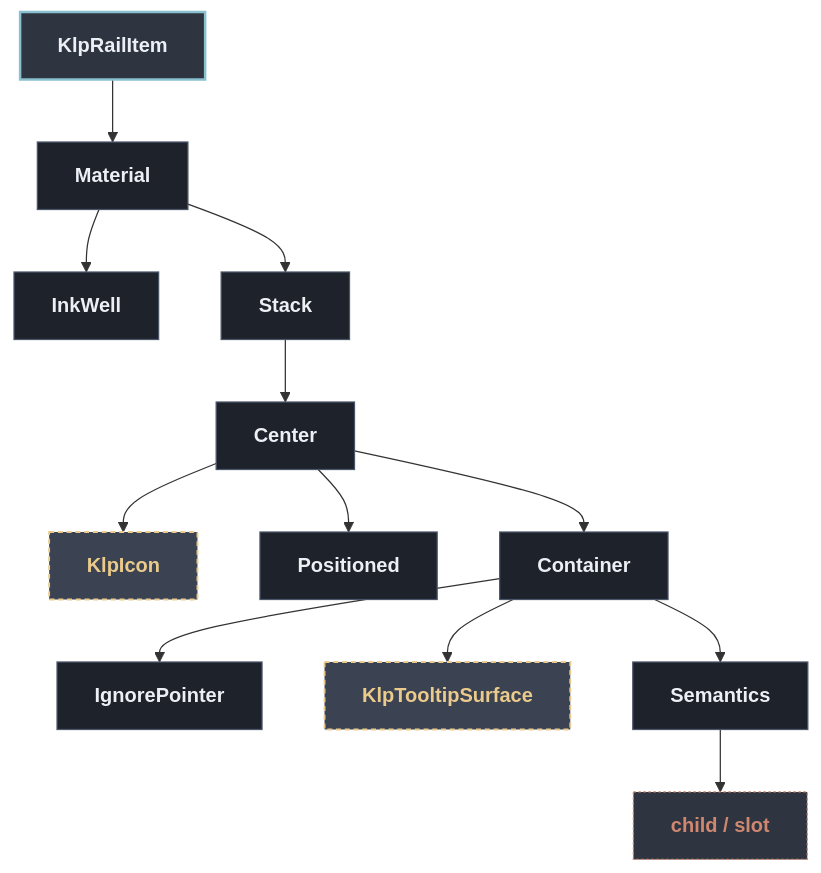
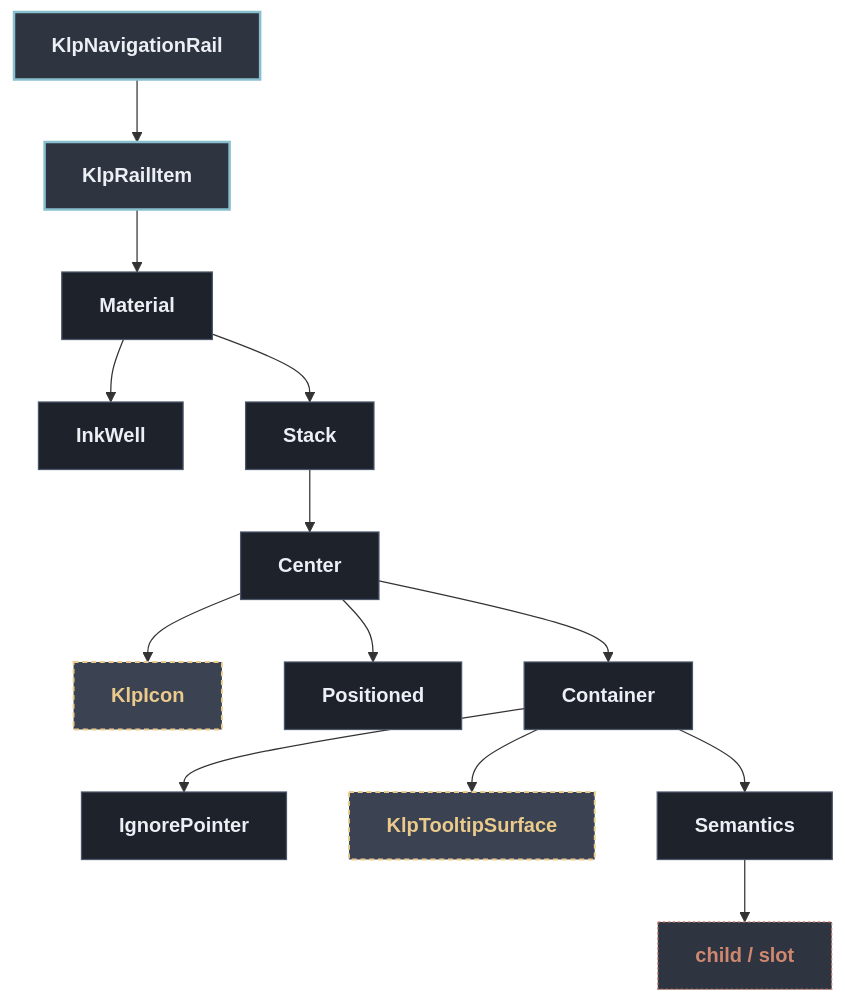
One commit to MiuDog/Kallopis changed the diagram in docs/architecture/components/navigation/klp_rail_item.md. Above: the diagram before and after it, drawn with Mermaid. The commit also changed other lines of this file and 29 other files, not shown here.

````diff
--- a/docs/architecture/components/navigation/klp_rail_item.md
+++ b/docs/architecture/components/navigation/klp_rail_item.md
@@ -13,32 +13,34 @@
 ```mermaid
 flowchart TD
   classDef default fill:#1E222B,stroke:#4C566A,stroke-width:1px,color:#ECEFF4;
   classDef root fill:#2E3440,stroke:#88C0D0,stroke-width:2px,color:#ECEFF4,font-weight:bold;
   classDef reference fill:#3B4252,stroke:#EBCB8B,stroke-width:1.5px,stroke-dasharray: 4 3,color:#EBCB8B;
   classDef container fill:#2E3440,stroke:#A3BE8C,stroke-width:1.5px,color:#A3BE8C;
   classDef slot fill:#2E3440,stroke:#D08770,stroke-width:1px,stroke-dasharray: 2 2,color:#D08770;
 
+  rail["KlpNavigationRail"]:::root
   root["KlpRailItem"]:::root
+  rail --> root
   n1["Material"]
   root --> n1
   n2["InkWell"]
   n1 --> n2
   n3["Stack"]
   n1 --> n3
   n4["Center"]
   n3 --> n4
   n5["KlpIcon"]:::reference
   n4 --> n5
   n6["Positioned"]
   n4 --> n6
   n7["Container"]
   n4 --> n7
   n8["IgnorePointer"]
   n7 --> n8
   n9["KlpTooltipSurface"]:::reference
   n7 --> n9
   n10["Semantics"]
   n7 --> n10
   n11["child / slot"]:::slot
   n10 --> n11
 ```
````
